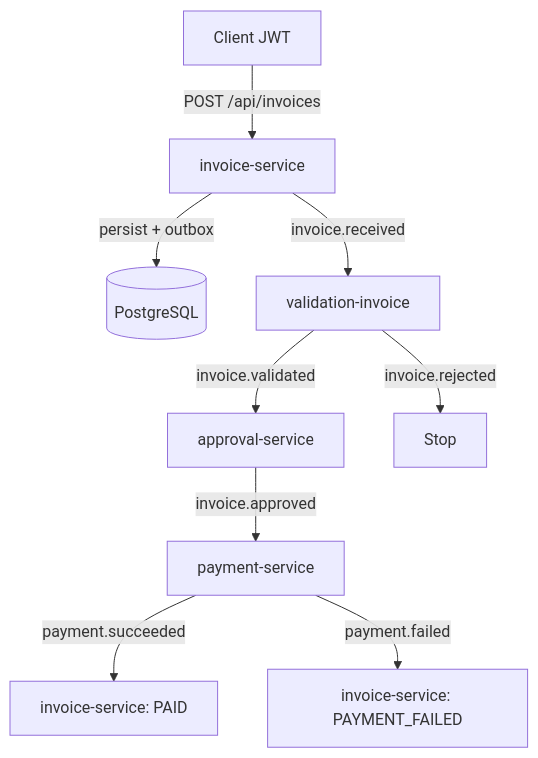
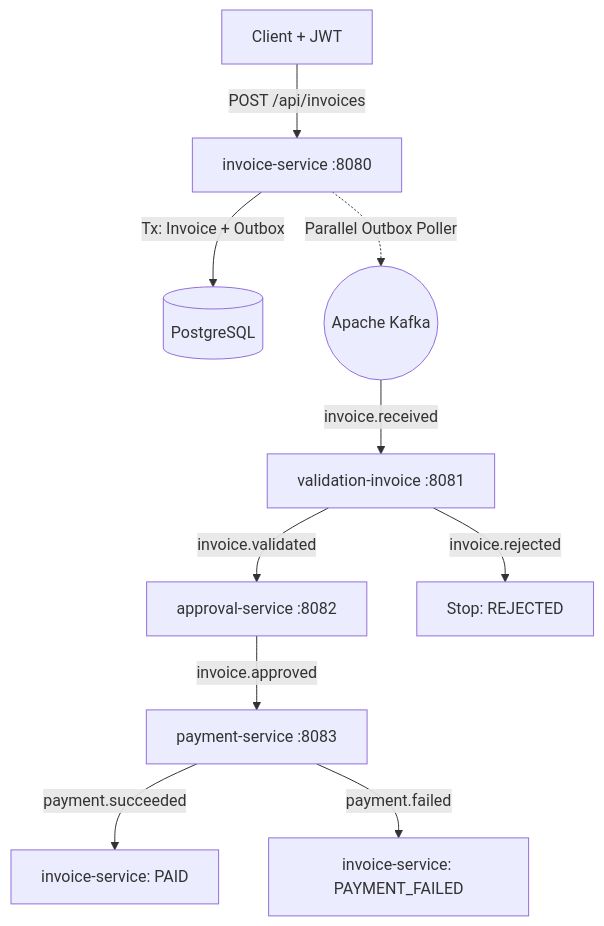
The diagram in README.md (asharifi90/e-invoicing), drawn with Mermaid before and after one commit. The commit also changed other lines of this file, not shown here.

````diff
--- a/README.md
+++ b/README.md
@@ -17,11 +13,12 @@
 ```mermaid
 flowchart TD
-  A[Client JWT] -->|POST /api/invoices| B[invoice-service]
-  B -->|persist + outbox| C[(PostgreSQL)]
-  B -->|invoice.received| D[validation-invoice]
-  D -->|invoice.validated| E[approval-service]
-  D -->|invoice.rejected| X[Stop]
-  E -->|invoice.approved| F[payment-service]
+  A[Client + JWT] -->|POST /api/invoices| B[invoice-service :8080]
+  B -->|Tx: Invoice + Outbox| C[(PostgreSQL)]
+  B -.->|Parallel Outbox Poller| K((Apache Kafka))
+  K -->|invoice.received| D[validation-invoice :8081]
+  D -->|invoice.validated| E[approval-service :8082]
+  D -->|invoice.rejected| X[Stop: REJECTED]
+  E -->|invoice.approved| F[payment-service :8083]
   F -->|payment.succeeded| G[invoice-service: PAID]
   F -->|payment.failed| H[invoice-service: PAYMENT_FAILED]
 ```
````
